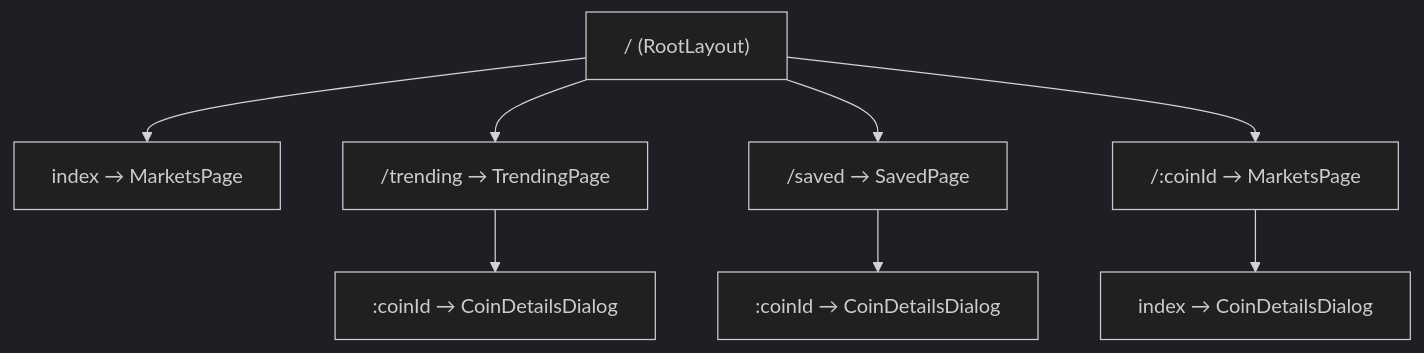
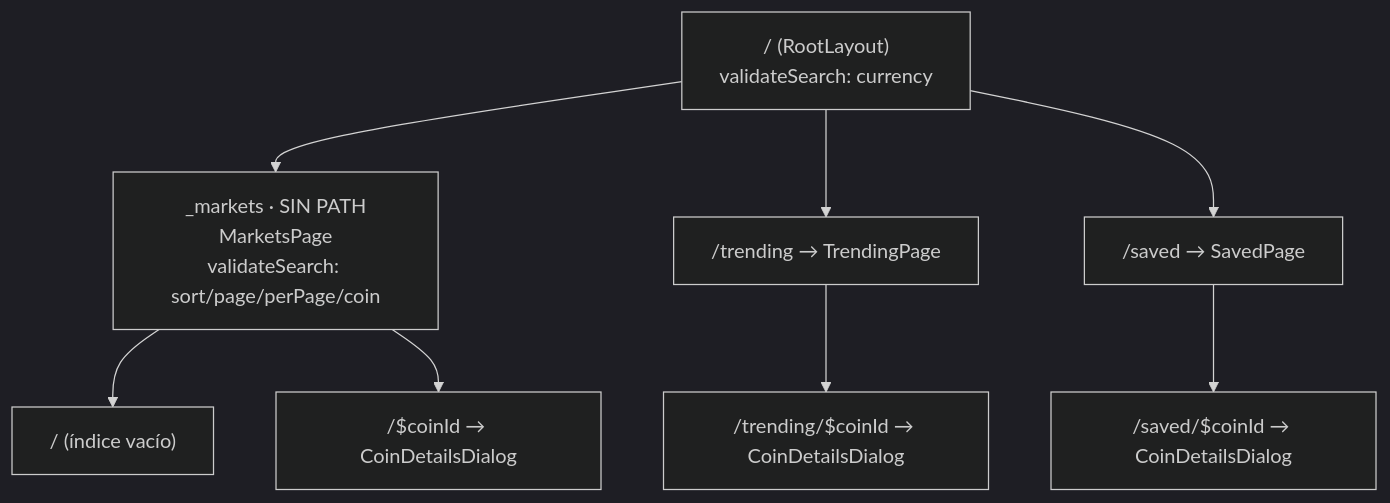
One commit to carlosAndress101/Crypto-Coin changed the second of 2 diagrams in ARCHITECTURE.md. Above: the diagram before and after it, drawn with Mermaid (dark theme). The commit also changed other lines of this file and 7 other files, not shown here.

````diff
--- a/ARCHITECTURE.md
+++ b/ARCHITECTURE.md
@@ -93,10 +105,10 @@
 ```mermaid
 graph TD
-    R["/ (RootLayout)"] --> M["index → MarketsPage"]
+    R["/ (RootLayout)<br/>validateSearch: currency"] --> M["_markets · SIN PATH<br/>MarketsPage<br/>validateSearch: sort/page/perPage/coin"]
+    M --> MI["/ (índice vacío)"]
+    M --> MD["/$coinId → CoinDetailsDialog"]
     R --> T["/trending → TrendingPage"]
+    T --> TD["/trending/$coinId → CoinDetailsDialog"]
     R --> S["/saved → SavedPage"]
-    R --> C["/:coinId → MarketsPage"]
-    C --> D1["index → CoinDetailsDialog"]
-    T --> D2[":coinId → CoinDetailsDialog"]
-    S --> D3[":coinId → CoinDetailsDialog"]
+    S --> SD["/saved/$coinId → CoinDetailsDialog"]
 ```
````
